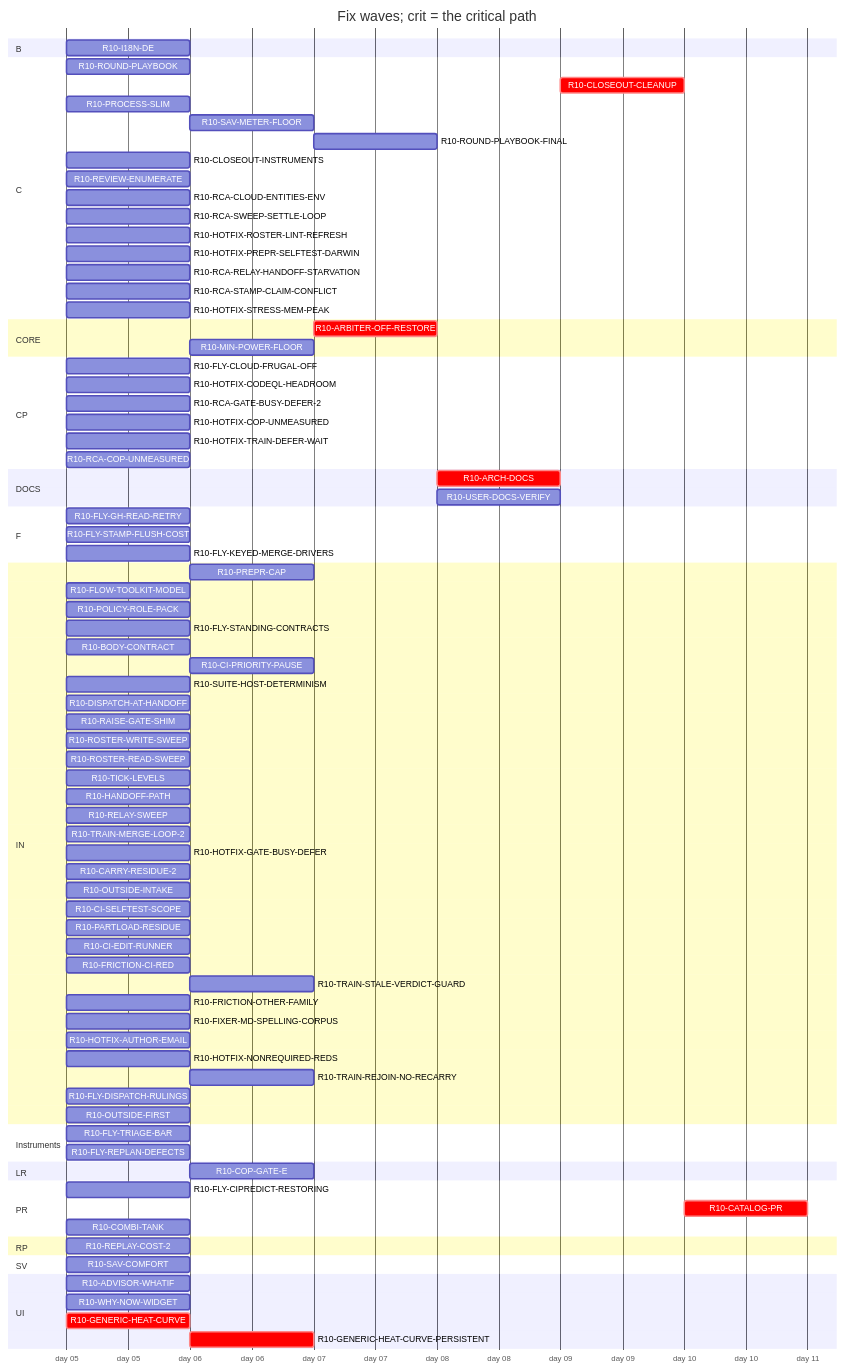
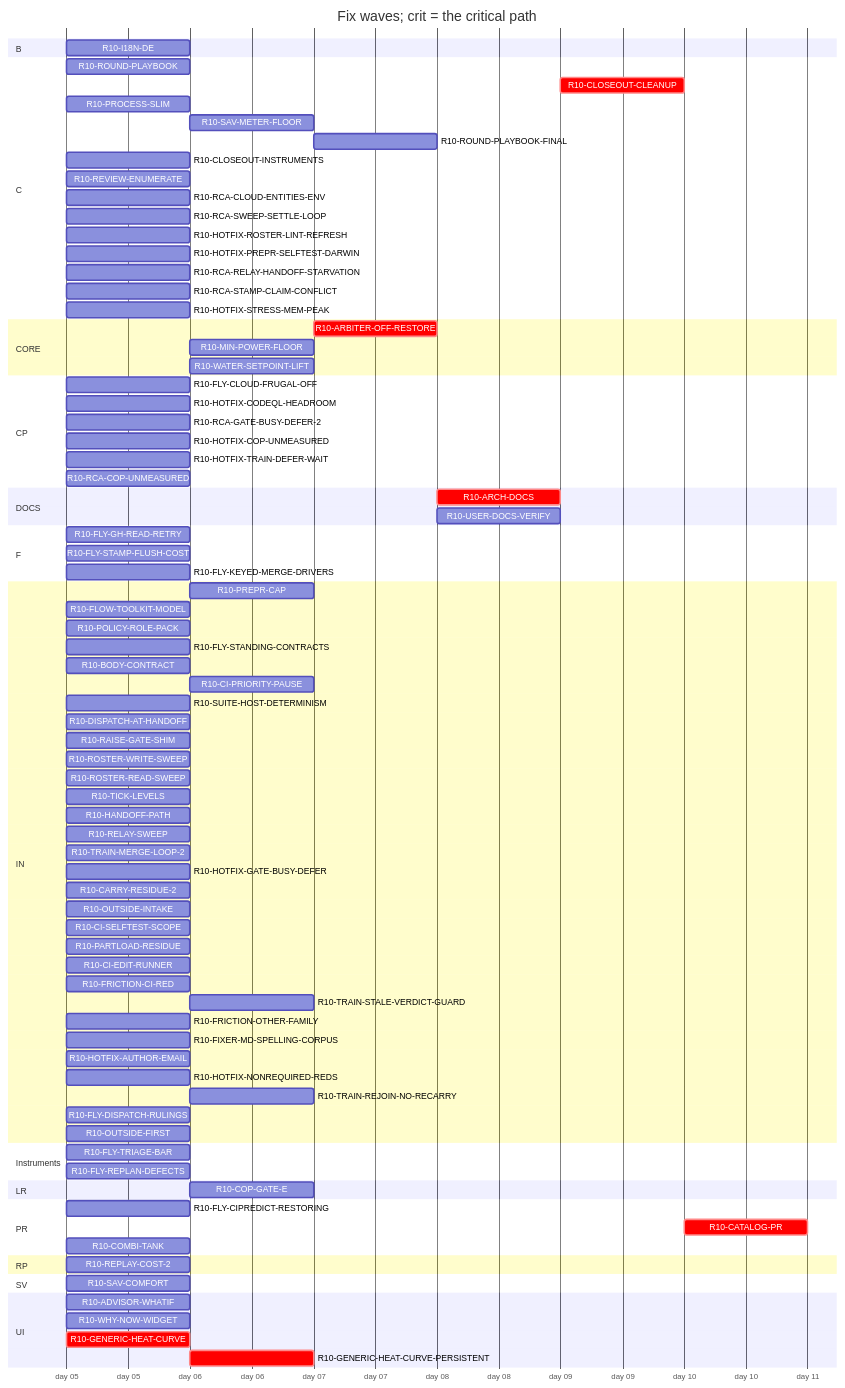
The diagram in handoff/round10/state/PLAN-TABLE.md (tvofi/heatpump_optimizer), drawn with Mermaid before and after one commit. The commit also changed other lines of this file and 2 other files, not shown here.

Commit message:
state: FLOW-BOARD.md, NEXT-SESSION-PROMPT.md, PLAN-TABLE.md, RESUME-CURRENT.md regenerated (state_docs.py)

```diff
--- a/handoff/round10/state/PLAN-TABLE.md
+++ b/handoff/round10/state/PLAN-TABLE.md
@@ -46,8 +46,9 @@
     R10-RCA-STAMP-CLAIM-CONFLICT :r10RCASTAMPCLAIMCONFLICT, 2026-01-05, 1d
     R10-HOTFIX-STRESS-MEM-PEAK :r10HOTFIXSTRESSMEMPEAK, 2026-01-05, 1d
   section CORE
-    R10-ARBITER-OFF-RESTORE :crit, r10ARBITEROFFRESTORE, after r10GENERICHEATCURVE r10GENERICHEATCURVEPERSISTENT, 1d
+    R10-ARBITER-OFF-RESTORE :crit, r10ARBITEROFFRESTORE, after r10GENERICHEATCURVE r10GENERICHEATCURVEPERSISTENT r10WATERSETPOINTLIFT, 1d
     R10-MIN-POWER-FLOOR :r10MINPOWERFLOOR, after r10HOTFIXCOPUNMEASURED r10GENERICHEATCURVE, 1d
+    R10-WATER-SETPOINT-LIFT :r10WATERSETPOINTLIFT, after r10GENERICHEATCURVE, 1d
   section CP
     R10-FLY-CLOUD-FRUGAL-OFF :r10FLYCLOUDFRUGALOFF, 2026-01-05, 1d
     R10-HOTFIX-CODEQL-HEADROOM :r10HOTFIXCODEQLHEADROOM, 2026-01-05, 1d
```
